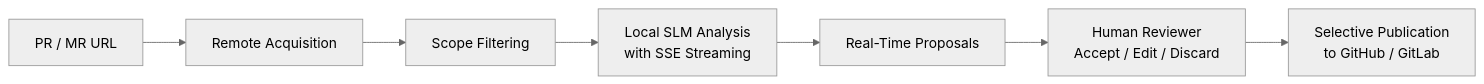
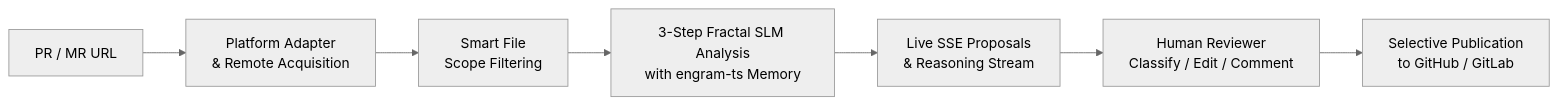
The first of 2 diagrams in README.md (Mordaft/codereview-ai-assisted), drawn with Mermaid (neutral theme) before and after one commit. The commit also changed other lines of this file and 1 other file, not shown here.

````diff
--- a/README.md
+++ b/README.md
@@ -68,9 +107,9 @@
 ```mermaid
 flowchart LR
-    A[PR / MR URL] --> B[Remote Acquisition]
-    B --> C[Scope Filtering]
-    C --> D[Local SLM Analysis\nwith SSE Streaming]
-    D --> E[Real-Time Proposals]
-    E --> F[Human Reviewer\nAccept / Edit / Discard]
+    A[PR / MR URL] --> B[Platform Adapter\n& Remote Acquisition]
+    B --> C[Smart File\nScope Filtering]
+    C --> D[3-Step Fractal SLM Analysis\nwith engram-ts Memory]
+    D --> E[Live SSE Proposals\n& Reasoning Stream]
+    E --> F[Human Reviewer\nClassify / Edit / Comment]
     F --> G[Selective Publication\nto GitHub / GitLab]
 ```
````
